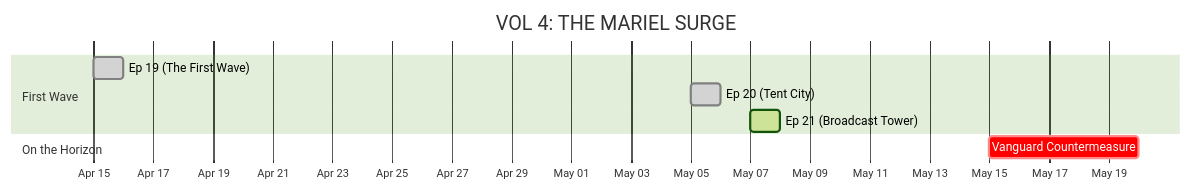
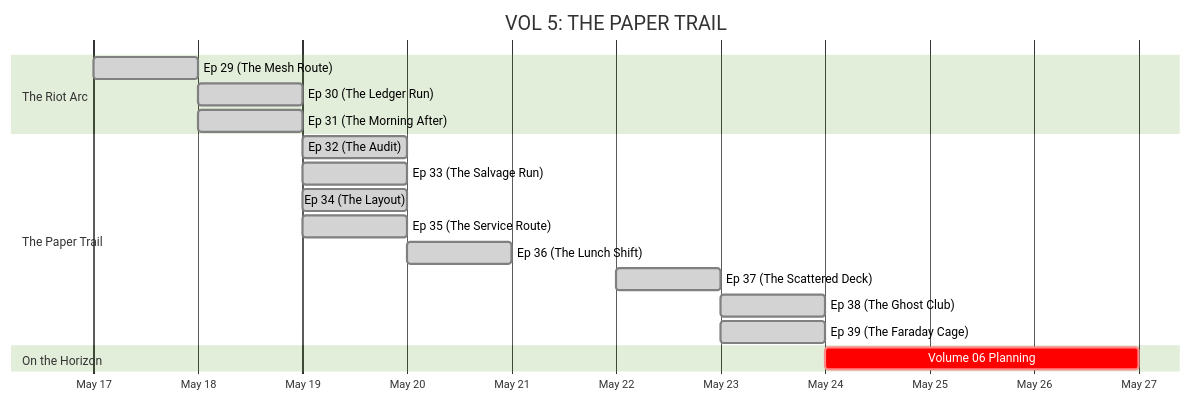
One commit to neo3151/SliceVice changed the diagram in docs/production/STORY_DASHBOARD.md. Above: the diagram before and after it, drawn with Mermaid (forest theme). The commit also changed other lines of this file and 279 other files, not shown here.

````diff
--- a/docs/production/STORY_DASHBOARD.md
+++ b/docs/production/STORY_DASHBOARD.md
@@ -47,14 +50,24 @@
 ```mermaid
 gantt
-    title VOL 4: THE MARIEL SURGE
+    title VOL 5: THE PAPER TRAIL
     dateFormat  YYYY-MM-DD
     axisFormat  %b %d
     
-    section First Wave
-    Ep 19 (The First Wave)   :done, 1980-04-15, 1d
-    Ep 20 (Tent City)        :done, 1980-05-05, 1d
-    Ep 21 (Broadcast Tower)  :active, 1980-05-07, 1d
-    
+    section The Riot Arc
+    Ep 29 (The Mesh Route)   :done, 1980-05-17, 1d
+    Ep 30 (The Ledger Run)   :done, 1980-05-18, 1d
+    Ep 31 (The Morning After):done, 1980-05-18, 1d
+
+    section The Paper Trail
+    Ep 32 (The Audit)        :done, 1980-05-19, 1d
+    Ep 33 (The Salvage Run)  :done, 1980-05-19, 1d
+    Ep 34 (The Layout)       :done, 1980-05-19, 1d
+    Ep 35 (The Service Route):done, 1980-05-19, 1d
+    Ep 36 (The Lunch Shift)  :done, 1980-05-20, 1d
+    Ep 37 (The Scattered Deck):done, 1980-05-22, 1d
+    Ep 38 (The Ghost Club)   :done, 1980-05-23, 1d
+    Ep 39 (The Faraday Cage) :done, 1980-05-23, 1d
+
     section On the Horizon
-    Vanguard Countermeasure  :crit, 1980-05-15, 5d
+    Volume 06 Planning       :crit, 1980-05-24, 3d
 ```
````
